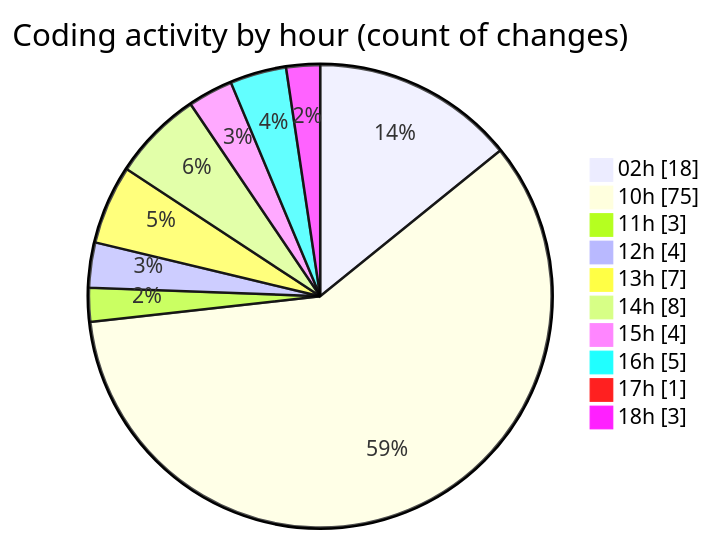
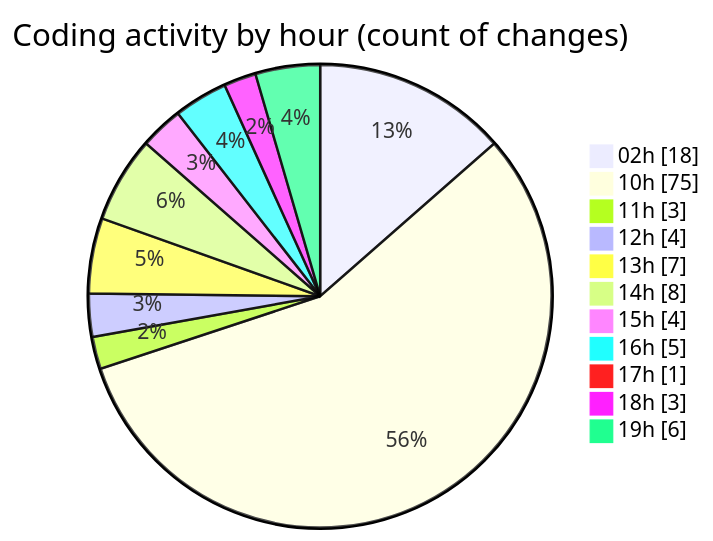
The second of 2 diagrams in 2026-07-08/twenty_versions_aminor/README.md (shibass792/code-tracking), drawn with Mermaid before and after one commit. The commit also changed other lines of this file and 1 other file, not shown here.

````diff
--- a/2026-07-08/twenty_versions_aminor/README.md
+++ b/2026-07-08/twenty_versions_aminor/README.md
@@ -43,14 +46,15 @@
 ```mermaid
 pie showData
 title Coding activity by hour (count of changes)
 "02h" : 18
 "10h" : 75
 "11h" : 3
 "12h" : 4
 "13h" : 7
 "14h" : 8
 "15h" : 4
 "16h" : 5
 "17h" : 1
 "18h" : 3
+"19h" : 6
 ```
````
